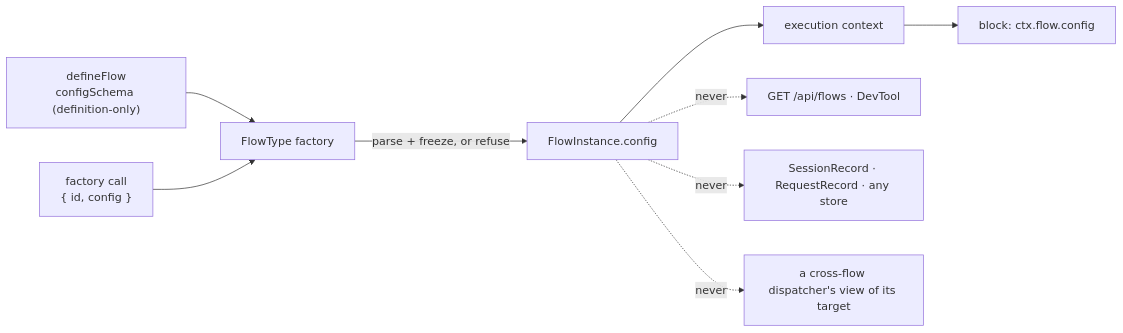
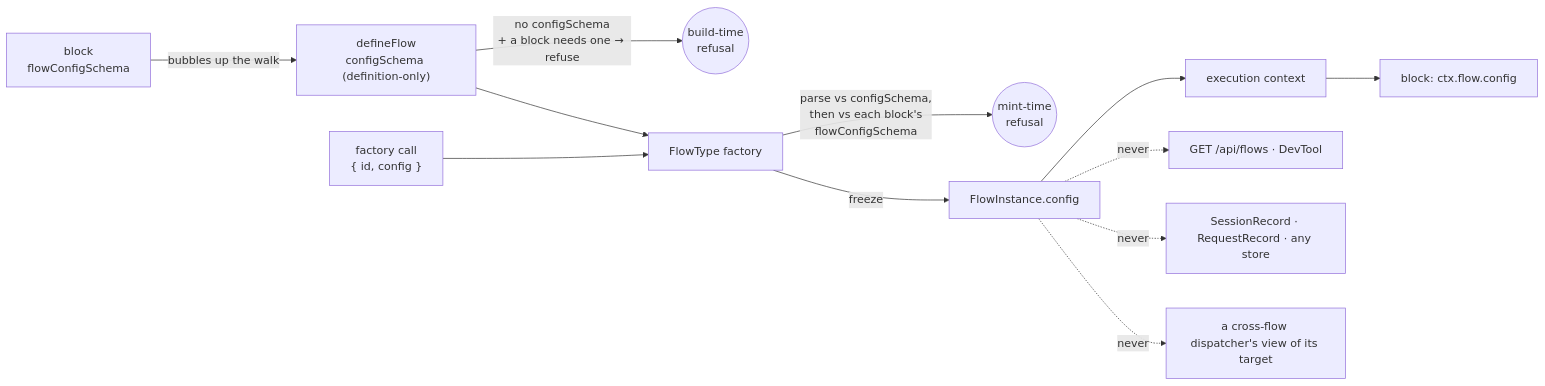
The diagram in spec/FIX-1331.md (fixpoint-labs/flow-state-dev), drawn with Mermaid before and after one commit. The commit also changed other lines of this file, not shown here.

````diff
--- a/spec/FIX-1331.md
+++ b/spec/FIX-1331.md
@@ -112,11 +131,14 @@
 ```mermaid
 flowchart LR
-  D["defineFlow<br/>configSchema (definition-only)"] --> F[FlowType factory]
+  B0["block<br/>flowConfigSchema"] -->|bubbles up the walk| D
+  D["defineFlow<br/>configSchema (definition-only)"] -->|no configSchema<br/>+ a block needs one → refuse| E1(("build-time<br/>refusal"))
+  D --> F[FlowType factory]
   M["factory call<br/>{ id, config }"] --> F
-  F -->|parse + freeze, or refuse| I["FlowInstance.config"]
+  F -->|parse vs configSchema,<br/>then vs each block's<br/>flowConfigSchema| E2(("mint-time<br/>refusal"))
+  F -->|freeze| I["FlowInstance.config"]
   I --> X[execution context]
   X --> B["block: ctx.flow.config"]
   I -.->|never| W["GET /api/flows · DevTool"]
   I -.->|never| P["SessionRecord · RequestRecord · any store"]
   I -.->|never| C["a cross-flow dispatcher's view of its target"]
 ```
````
